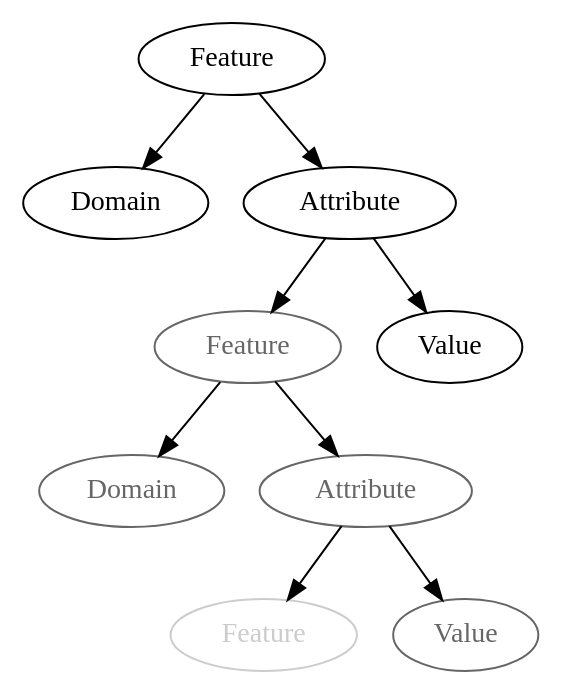
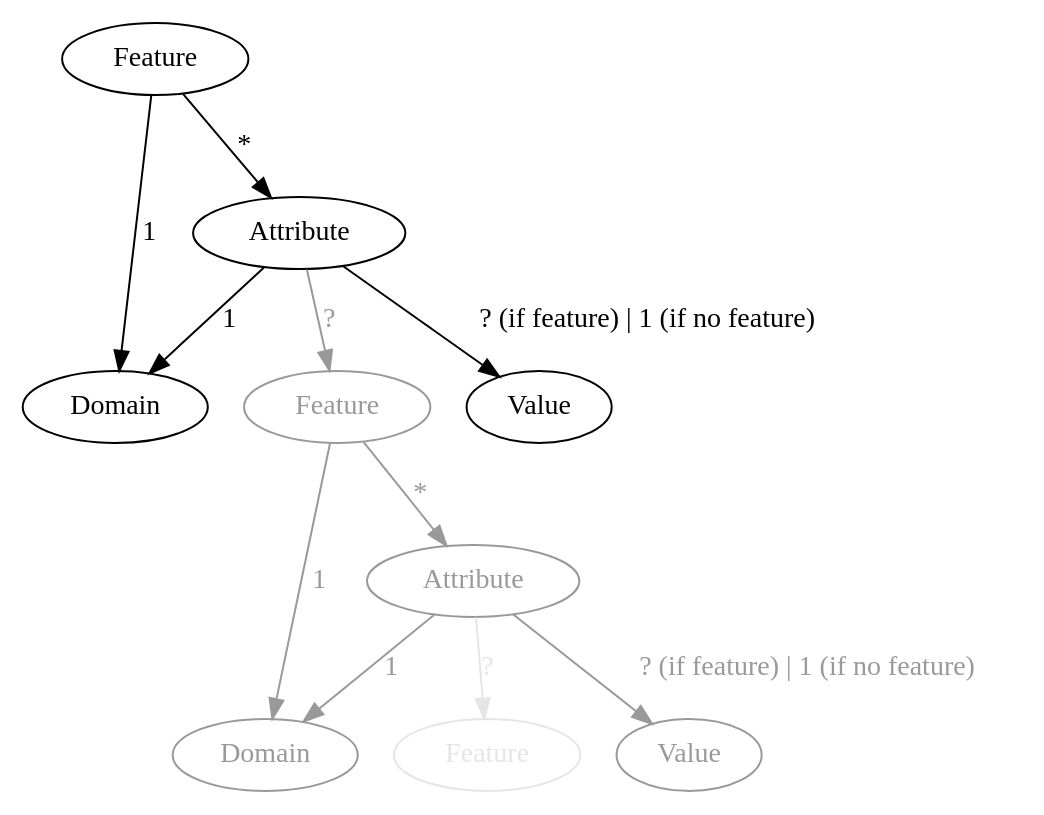
One commit to geoneric/fern changed the first of 2 diagrams in Documents/Texts/DataModel/DataModel.rst. Above: the diagram before and after it, drawn with Graphviz. The commit also changed other lines of this file and 8 other files, not shown here.

```diff
--- a/Documents/Texts/DataModel/DataModel.rst
+++ b/Documents/Texts/DataModel/DataModel.rst
@@ -5,51 +5,53 @@
 .. graphviz::
 
    digraph DataModel {
      feature1[
        label="Feature"
      ]
      feature2[
        label="Feature",
-       color="grey40",
-       fontcolor="grey40"
+       color="grey60",
+       fontcolor="grey60"
      ]
      feature3[
        label="Feature"
-       color="grey80",
-       fontcolor="grey80"
+       color="grey90",
+       fontcolor="grey90"
      ]
      domain1[
        label="Domain"
      ]
      domain2[
        label="Domain"
-       color="grey40",
-       fontcolor="grey40"
+       color="grey60",
+       fontcolor="grey60"
      ]
      attribute1[
        label="Attribute"
      ]
      attribute2[
        label="Attribute"
-       color="grey40",
-       fontcolor="grey40"
+       color="grey60",
+       fontcolor="grey60"
      ]
      value1[
        label="Value"
      ]
      value2[
        label="Value"
-       color="grey40",
-       fontcolor="grey40"
+       color="grey60",
+       fontcolor="grey60"
      ]
 
-     feature1 -> domain1;
-     feature1 -> attribute1;
-     attribute1 -> feature2;
-     attribute1 -> value1;
+     feature1 -> domain1 [label="1"];
+     feature1 -> attribute1 [label="*"];
+     attribute1 -> domain1 [label="1"];
+     attribute1 -> feature2 [label="?", color="grey60", fontcolor="grey60"];
+     attribute1 -> value1 [label="? (if feature) | 1 (if no feature)"];
 
-     feature2 -> domain2;
-     feature2 -> attribute2;
-     attribute2 -> feature3;
-     attribute2 -> value2;
+     feature2 -> domain2 [label="1", color="grey60", fontcolor="grey60"];
+     feature2 -> attribute2 [label="*", color="grey60", fontcolor="grey60"];
+     attribute2 -> domain2 [label="1", color="grey60", fontcolor="grey60"];
+     attribute2 -> feature3 [label="?", color="grey90", fontcolor="grey90"];
+     attribute2 -> value2 [label="? (if feature) | 1 (if no feature)", color="grey60", fontcolor="grey60"];
   }
```
